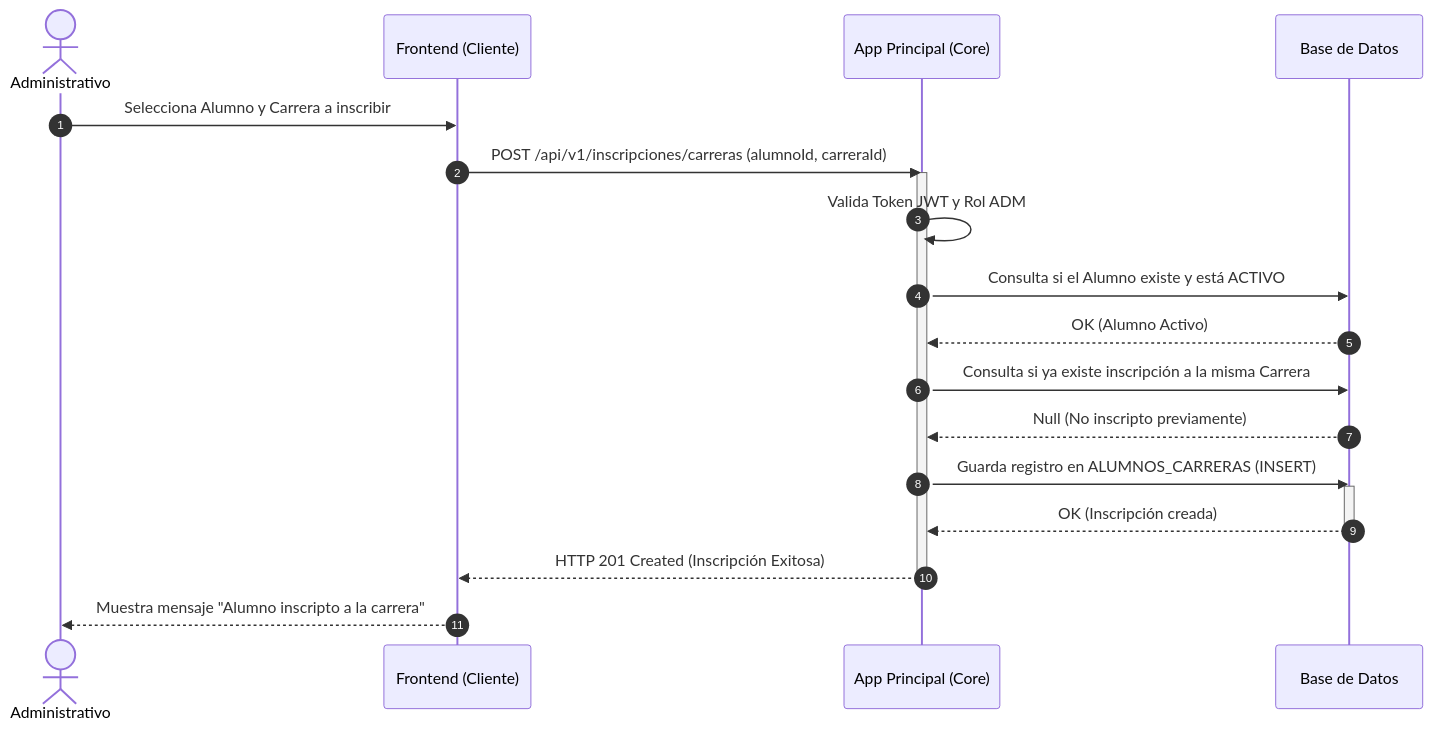
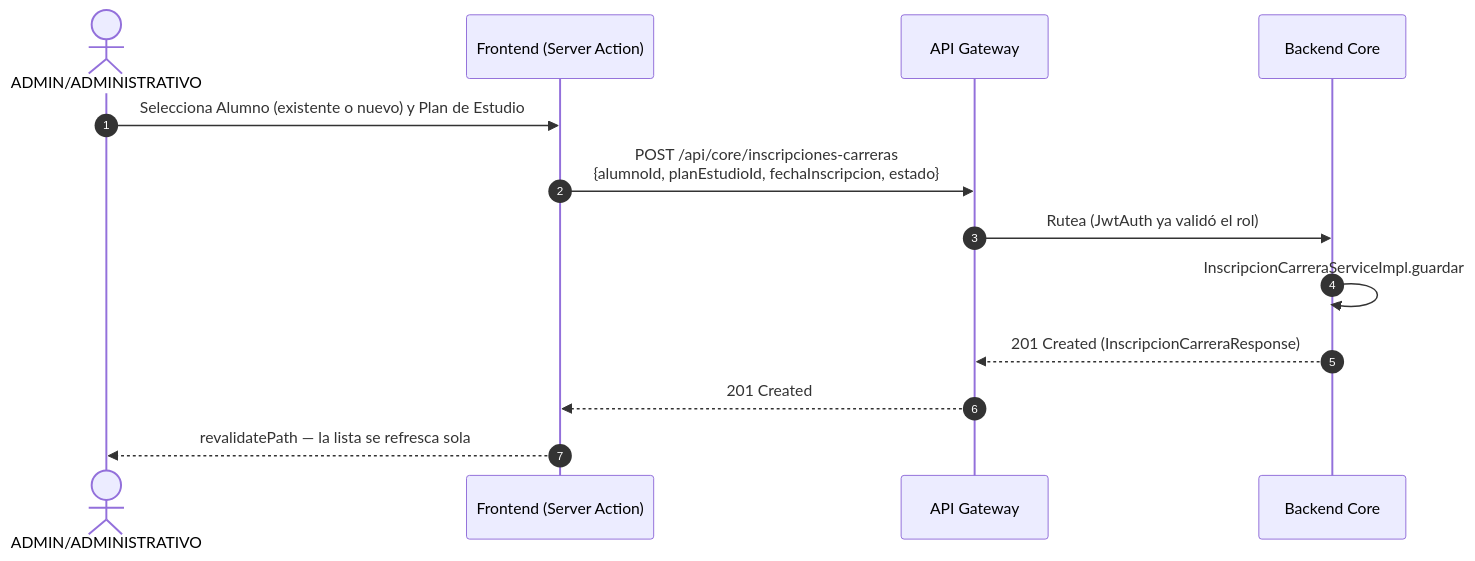
The first of 2 diagrams in docs/Diagrama_Secuencia_Inscripciones.md (JuancaSterba/web-2026-itec), drawn with Mermaid before and after one commit. The commit also changed other lines of this file and 4 other files, not shown here.

First line of the commit message:
docs: actualizar Modelo_Datos.md y diagramas contra el modelo real

````diff
--- a/docs/Diagrama_Secuencia_Inscripciones.md
+++ b/docs/Diagrama_Secuencia_Inscripciones.md
@@ -11,32 +13,16 @@
 ```mermaid
 sequenceDiagram
     autonumber
-    actor Administrativo
-    participant Frontend as Frontend (Cliente)
-    participant Core as App Principal (Core)
-    participant DB as Base de Datos
+    actor Admin as ADMIN/ADMINISTRATIVO
+    participant Frontend as Frontend (Server Action)
+    participant Gateway as API Gateway
+    participant Core as Backend Core
 
-    Administrativo->>Frontend: Selecciona Alumno y Carrera a inscribir
-    Frontend->>Core: POST /api/v1/inscripciones/carreras (alumnoId, carreraId)
-    
-    activate Core
-    Core->>Core: Valida Token JWT y Rol ADM
-    
-    %% Validaciones previas
-    Core->>DB: Consulta si el Alumno existe y está ACTIVO
-    DB-->>Core: OK (Alumno Activo)
-    
-    Core->>DB: Consulta si ya existe inscripción a la misma Carrera
-    DB-->>Core: Null (No inscripto previamente)
-    
-    %% Guardado
-    Core->>DB: Guarda registro en ALUMNOS_CARRERAS (INSERT)
-    activate DB
-    DB-->>Core: OK (Inscripción creada)
-    deactivate DB
-    
-    Core-->>Frontend: HTTP 201 Created (Inscripción Exitosa)
-    deactivate Core
-    
-    Frontend-->>Administrativo: Muestra mensaje "Alumno inscripto a la carrera"
+    Admin->>Frontend: Selecciona Alumno (existente o nuevo) y Plan de Estudio
+    Frontend->>Gateway: POST /api/core/inscripciones-carreras<br/>{alumnoId, planEstudioId, fechaInscripcion, estado}
+    Gateway->>Core: Rutea (JwtAuth ya validó el rol)
+    Core->>Core: InscripcionCarreraServiceImpl.guardar
+    Core-->>Gateway: 201 Created (InscripcionCarreraResponse)
+    Gateway-->>Frontend: 201 Created
+    Frontend-->>Admin: revalidatePath — la lista se refresca sola
 ```
````
